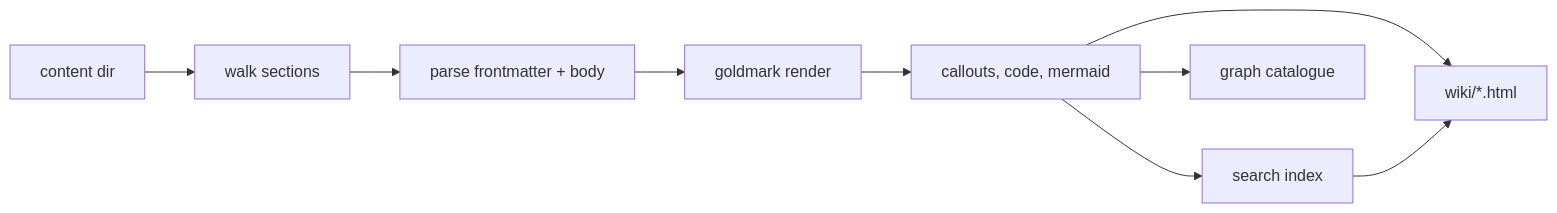
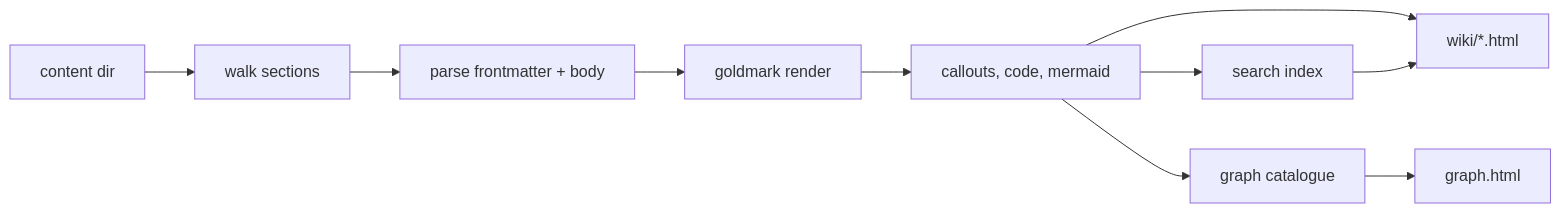
One commit to abn/okf-wiki changed the diagram in docs/design/rendering.md. Above: the diagram before and after it, drawn with Mermaid. The commit also changed other lines of this file and 8 other files, not shown here.

First line of the commit message:
docs(usage): document the graph view

````diff
--- a/docs/design/rendering.md
+++ b/docs/design/rendering.md
@@ -12,11 +12,12 @@
 ```mermaid
 flowchart LR
     A["content dir"] --> B["walk sections"]
     B --> C["parse frontmatter + body"]
     C --> D["goldmark render"]
     D --> E["callouts, code, mermaid"]
     E --> F["search index"]
     E --> H["graph catalogue"]
+    H --> I["graph.html"]
     E --> G["wiki/*.html"]
     F --> G
 ```
````
